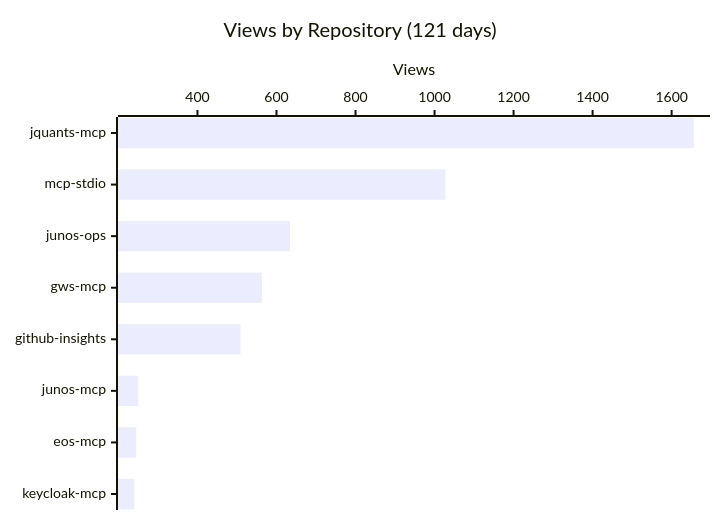
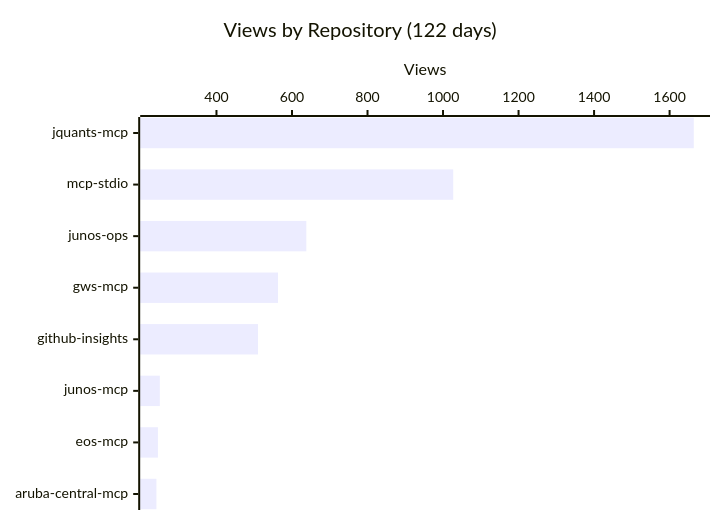
One commit to shigechika/github-insights changed the first of 4 diagrams in README.md. Above: the diagram before and after it, drawn with Mermaid. The commit also changed other lines of this file and 2 other files, not shown here.

````diff
--- a/README.md
+++ b/README.md
@@ -18,7 +18,7 @@
 ```mermaid
 xychart-beta horizontal
-    title "Views by Repository (121 days)"
-    x-axis ["jquants-mcp", "mcp-stdio", "junos-ops", "gws-mcp", "github-insights", "junos-mcp", "eos-mcp", "keycloak-mcp"]
+    title "Views by Repository (122 days)"
+    x-axis ["jquants-mcp", "mcp-stdio", "junos-ops", "gws-mcp", "github-insights", "junos-mcp", "eos-mcp", "aruba-central-mcp"]
     y-axis "Views"
-    bar [1656, 1027, 634, 563, 509, 250, 245, 240]
+    bar [1664, 1027, 638, 563, 510, 250, 245, 241]
 ```
````
